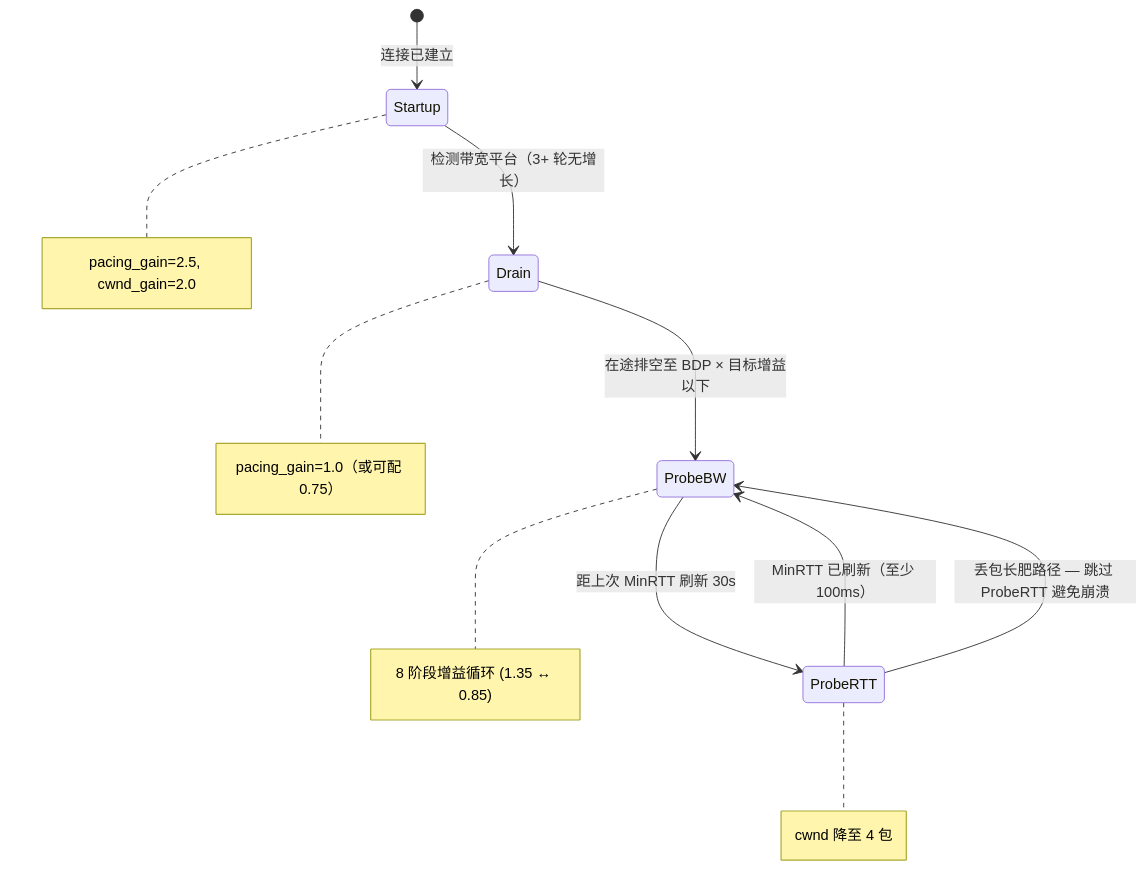
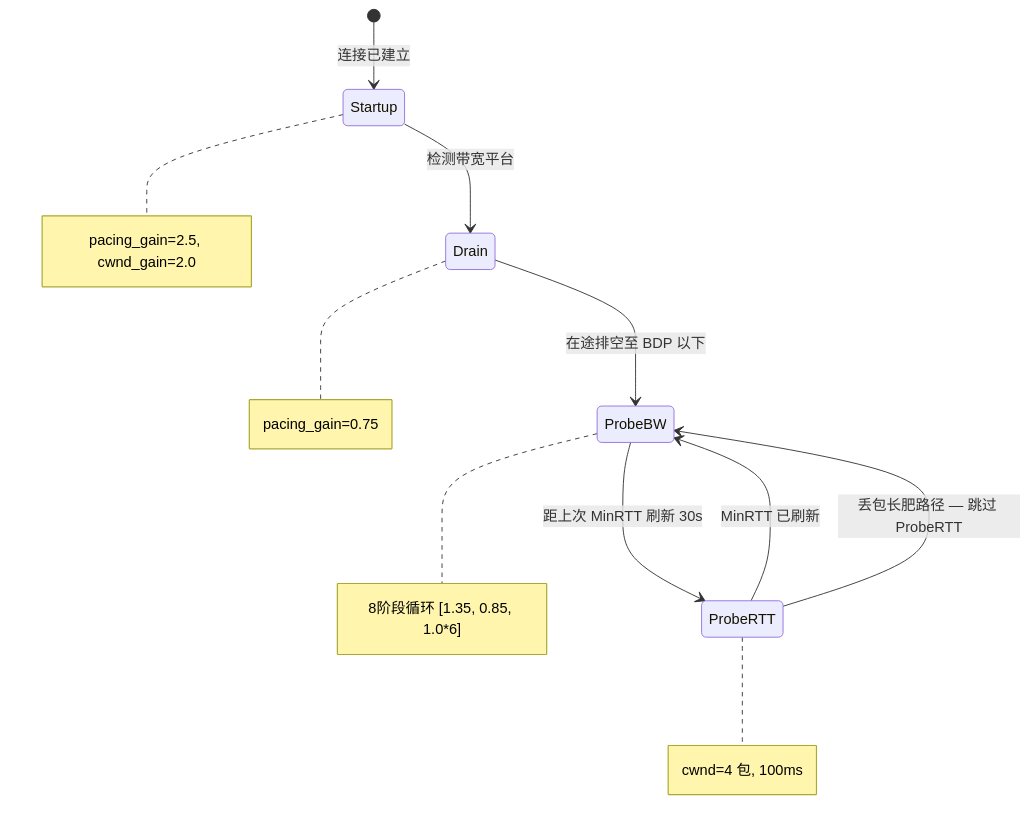
One commit to liulilittle/ucp changed the fourth of 10 diagrams in README_CN.md. Above: the diagram before and after it, drawn with Mermaid. The commit also changed other lines of this file and 43 other files, not shown here.

````diff
--- a/README_CN.md
+++ b/README_CN.md
@@ -288,14 +238,14 @@
 ```mermaid
 stateDiagram-v2
     [*] --> Startup: 连接已建立
-    Startup --> Drain: 检测带宽平台（3+ 轮无增长）
-    Drain --> ProbeBW: 在途排空至 BDP × 目标增益以下
+    Startup --> Drain: 检测带宽平台
+    Drain --> ProbeBW: 在途排空至 BDP 以下
     ProbeBW --> ProbeRTT: 距上次 MinRTT 刷新 30s
-    ProbeRTT --> ProbeBW: MinRTT 已刷新（至少 100ms）
-    ProbeRTT --> ProbeBW: 丢包长肥路径 — 跳过 ProbeRTT 避免崩溃
-
+    ProbeRTT --> ProbeBW: MinRTT 已刷新
+    ProbeRTT --> ProbeBW: 丢包长肥路径 — 跳过 ProbeRTT
+    
     note right of Startup: pacing_gain=2.5, cwnd_gain=2.0
-    note right of Drain: pacing_gain=1.0（或可配 0.75）
-    note right of ProbeBW: 8 阶段增益循环 (1.35 ↔ 0.85)
-    note right of ProbeRTT: cwnd 降至 4 包
+    note right of Drain: pacing_gain=0.75
+    note right of ProbeBW: 8阶段循环 [1.35, 0.85, 1.0*6]
+    note right of ProbeRTT: cwnd=4 包, 100ms
 ```
````
